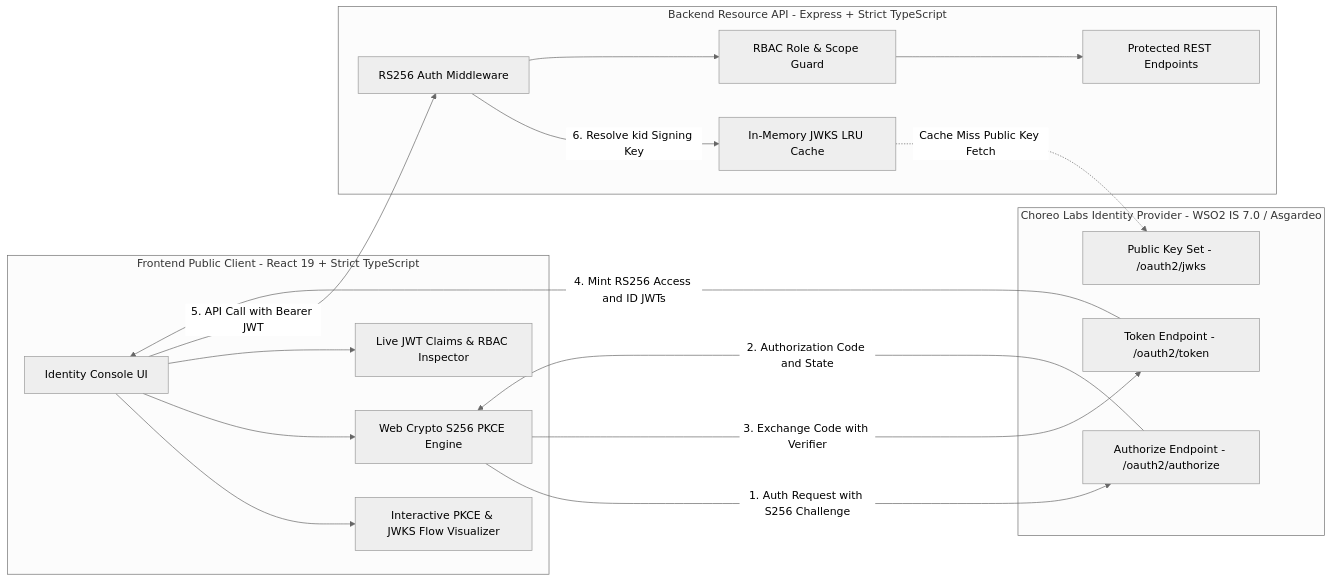
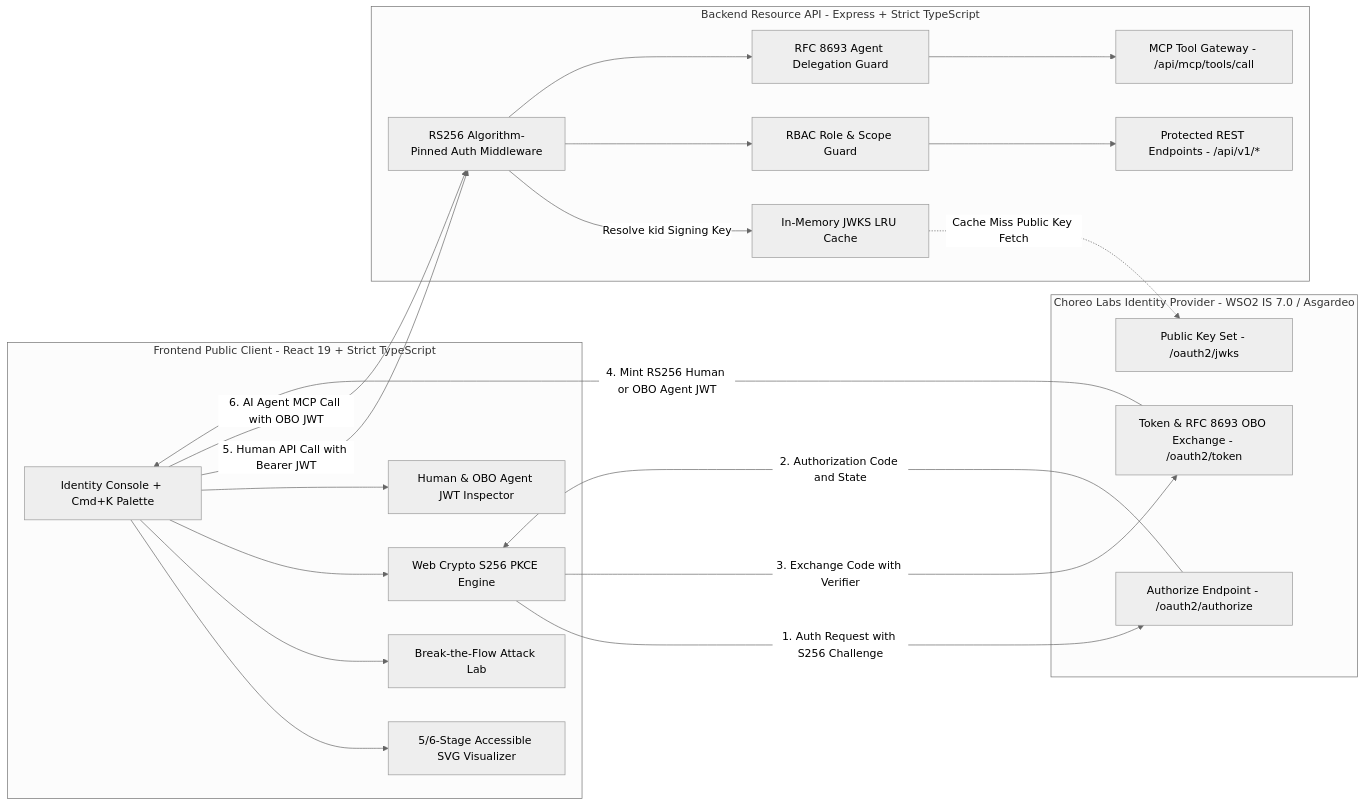
The first of 2 diagrams in README.md (theekshana-sudeepa/wso2-identity-integration-demo), drawn with Mermaid (neutral theme) before and after one commit. The commit also changed other lines of this file and 29 other files, not shown here.

Commit message:
feat(security): add Attack Lab, RFC 8693 AI Agent MCP Guard, Cmd+K console, and Vitest suites

````diff
--- a/README.md
+++ b/README.md
@@ -45,35 +77,42 @@
 ```mermaid
 flowchart LR
     subgraph Client["Frontend Public Client - React 19 + Strict TypeScript"]
-        UI["Identity Console UI"]
-        FLOW["Interactive PKCE & JWKS Flow Visualizer"]
+        UI["Identity Console + Cmd+K Palette"]
+        FLOW["5/6-Stage Accessible SVG Visualizer"]
+        LAB["Break-the-Flow Attack Lab"]
         PKCE["Web Crypto S256 PKCE Engine"]
-        INSPECTOR["Live JWT Claims & RBAC Inspector"]
+        INSPECTOR["Human & OBO Agent JWT Inspector"]
     end
 
     subgraph IdP["Choreo Labs Identity Provider - WSO2 IS 7.0 / Asgardeo"]
         AUTHZ["Authorize Endpoint - /oauth2/authorize"]
-        TOKEN["Token Endpoint - /oauth2/token"]
+        TOKEN["Token & RFC 8693 OBO Exchange - /oauth2/token"]
         JWKS["Public Key Set - /oauth2/jwks"]
     end
 
     subgraph ResourceServer["Backend Resource API - Express + Strict TypeScript"]
-        AUTHMW["RS256 Auth Middleware"]
+        AUTHMW["RS256 Algorithm-Pinned Auth Middleware"]
         KEYCACHE["In-Memory JWKS LRU Cache"]
         RBAC["RBAC Role & Scope Guard"]
-        ROUTES["Protected REST Endpoints"]
+        OBOGUARD["RFC 8693 Agent Delegation Guard"]
+        ROUTES["Protected REST Endpoints - /api/v1/*"]
+        MCP["MCP Tool Gateway - /api/mcp/tools/call"]
     end
 
     UI --> FLOW
+    UI --> LAB
     UI --> PKCE
     PKCE -->|1. Auth Request with S256 Challenge| AUTHZ
     AUTHZ -->|2. Authorization Code and State| PKCE
     PKCE -->|3. Exchange Code with Verifier| TOKEN
-    TOKEN -->|4. Mint RS256 Access and ID JWTs| UI
+    TOKEN -->|4. Mint RS256 Human or OBO Agent JWT| UI
     UI --> INSPECTOR
-    UI -->|5. API Call with Bearer JWT| AUTHMW
-    AUTHMW -->|6. Resolve kid Signing Key| KEYCACHE
+    UI -->|5. Human API Call with Bearer JWT| AUTHMW
+    UI -->|6. AI Agent MCP Call with OBO JWT| AUTHMW
+    AUTHMW -->|Resolve kid Signing Key| KEYCACHE
     KEYCACHE -.->|Cache Miss Public Key Fetch| JWKS
     AUTHMW --> RBAC
     RBAC --> ROUTES
+    AUTHMW --> OBOGUARD
+    OBOGUARD --> MCP
 ```
````
